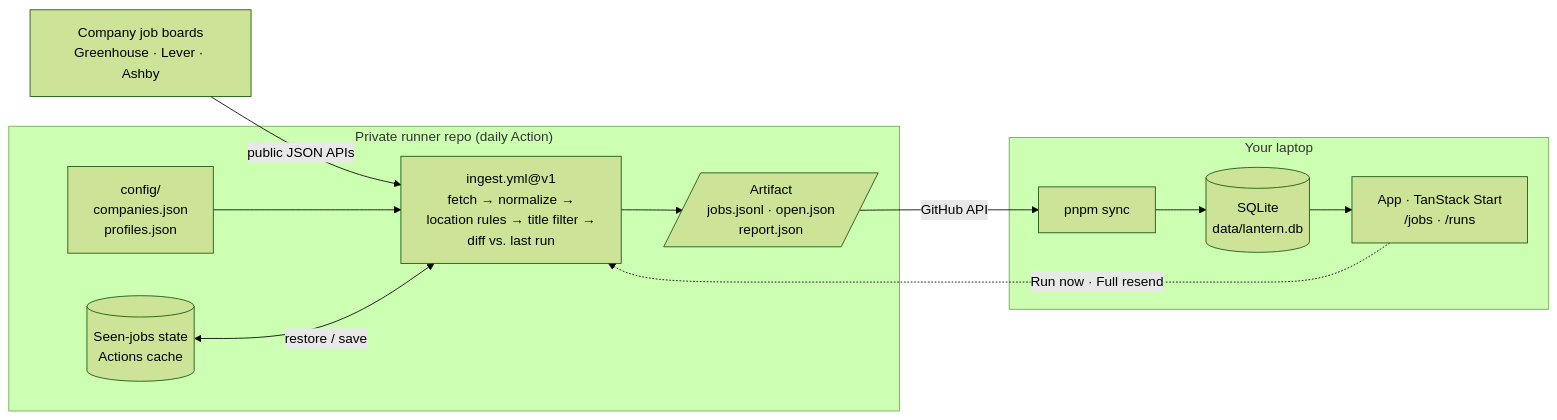
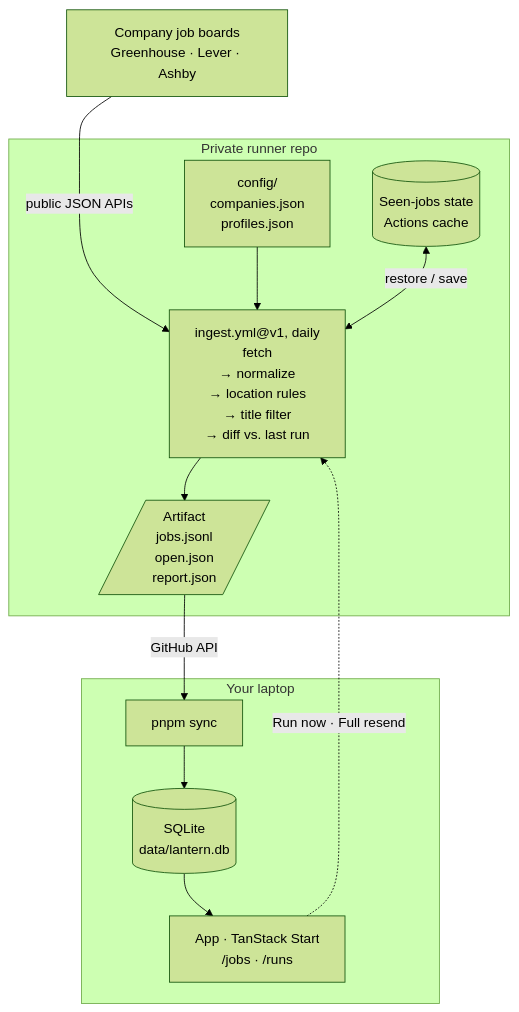
The diagram in README.md (James-Thibaudeau/lantern), drawn with Mermaid (forest theme) before and after one commit.

Commit message:
README: make the architecture diagram vertical so it reads at full size

````diff
--- a/README.md
+++ b/README.md
@@ -11,25 +11,26 @@
 ```mermaid
-flowchart LR
+flowchart TB
   boards["Company job boards<br/>Greenhouse · Lever · Ashby"]
 
-  subgraph runner["Private runner repo (daily Action)"]
+  subgraph runner["Private runner repo"]
     config["config/<br/>companies.json<br/>profiles.json"]
-    ingest["ingest.yml@v1<br/>fetch → normalize →<br/>location rules → title filter →<br/>diff vs. last run"]
+    ingest["ingest.yml@v1, daily<br/>fetch<br/>→ normalize<br/>→ location rules<br/>→ title filter<br/>→ diff vs. last run"]
     state[("Seen-jobs state<br/>Actions cache")]
-    artifact[/"Artifact<br/>jobs.jsonl · open.json<br/>report.json"/]
+    artifact[/"Artifact<br/>jobs.jsonl<br/>open.json<br/>report.json"/]
   end
 
   subgraph laptop["Your laptop"]
     sync["pnpm sync"]
     db[("SQLite<br/>data/lantern.db")]
     app["App · TanStack Start<br/>/jobs · /runs"]
   end
 
+  boards ~~~ config
   boards -->|public JSON APIs| ingest
   config --> ingest
   state <-->|restore / save| ingest
   ingest --> artifact
   artifact -->|GitHub API| sync
   sync --> db --> app
   app -.->|Run now · Full resend| ingest
 ```
````
